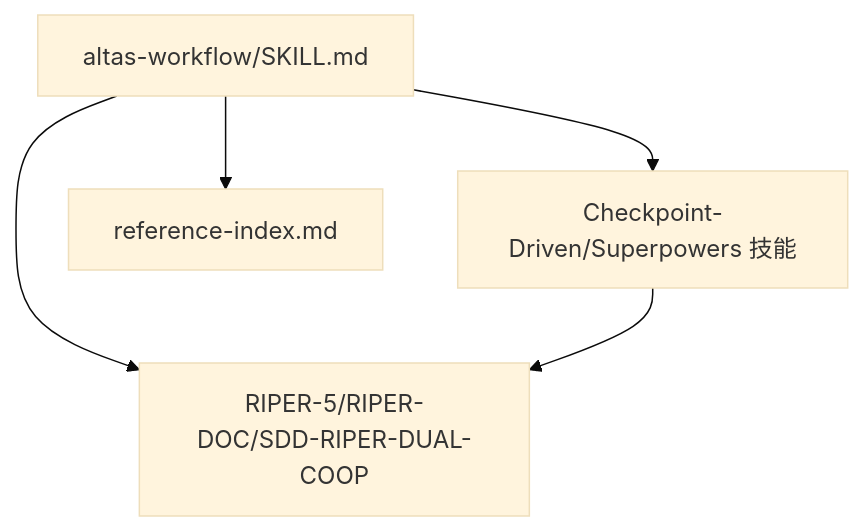
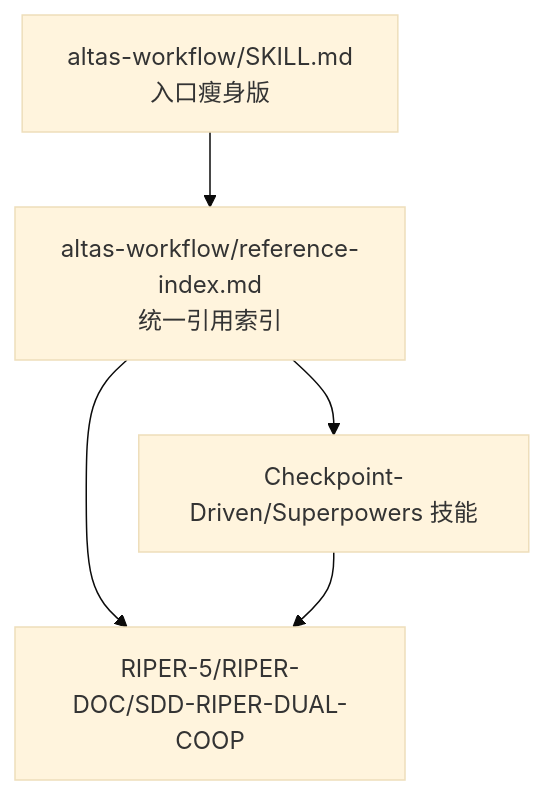
Before and after one commit to AngelWings1997/altas: the fifth of 5 diagrams in .qoder/repowiki/zh/content/核心协议/核心协议.md, drawn with Mermaid (base theme). The commit also changed other lines of this file and 11 other files, not shown here.

````diff
--- a/.qoder/repowiki/zh/content/核心协议/核心协议.md
+++ b/.qoder/repowiki/zh/content/核心协议/核心协议.md
@@ -224,11 +279,11 @@
 ```mermaid
 graph TB
-主协议["altas-workflow/SKILL.md"]
+主协议["altas-workflow/SKILL.md<br/>入口瘦身版"]
+索引["altas-workflow/reference-index.md<br/>统一引用索引"]
 技能["Checkpoint-Driven/Superpowers 技能"]
 子协议["RIPER-5/RIPER-DOC/SDD-RIPER-DUAL-COOP"]
-索引["reference-index.md"]
-主协议 --> 技能
-主协议 --> 子协议
 主协议 --> 索引
+索引 --> 技能
+索引 --> 子协议
 技能 --> 子协议
 ```
````
